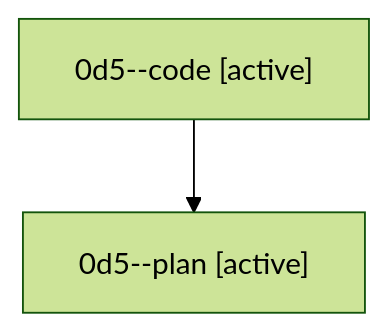
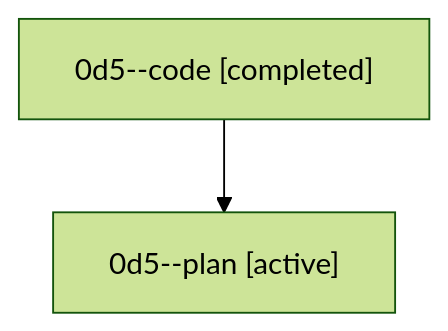
The diagram in families/bbugyi200.athena.0d5.md (sase-org/sase--agents), drawn with Mermaid (forest theme) before and after one commit. The commit also changed other lines of this file and 35830 other files, not shown here.

````diff
--- a/families/bbugyi200.athena.0d5.md
+++ b/families/bbugyi200.athena.0d5.md
@@ -9,6 +9,6 @@
 ```mermaid
 flowchart TD
-  n0["0d5--code [active]"]
+  n0["0d5--code [completed]"]
   n1["0d5--plan [active]"]
   n0 --> n1
 ```
````
